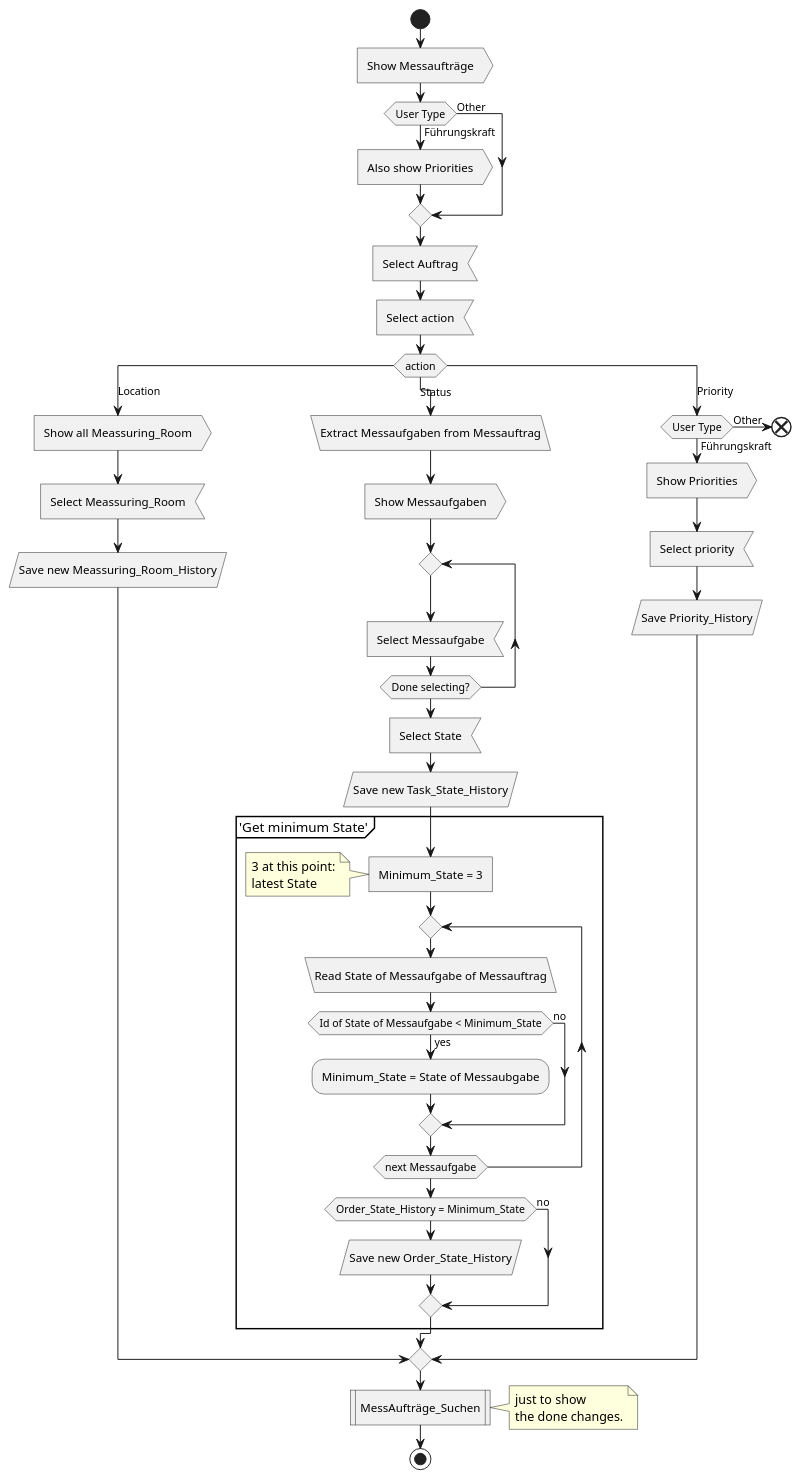
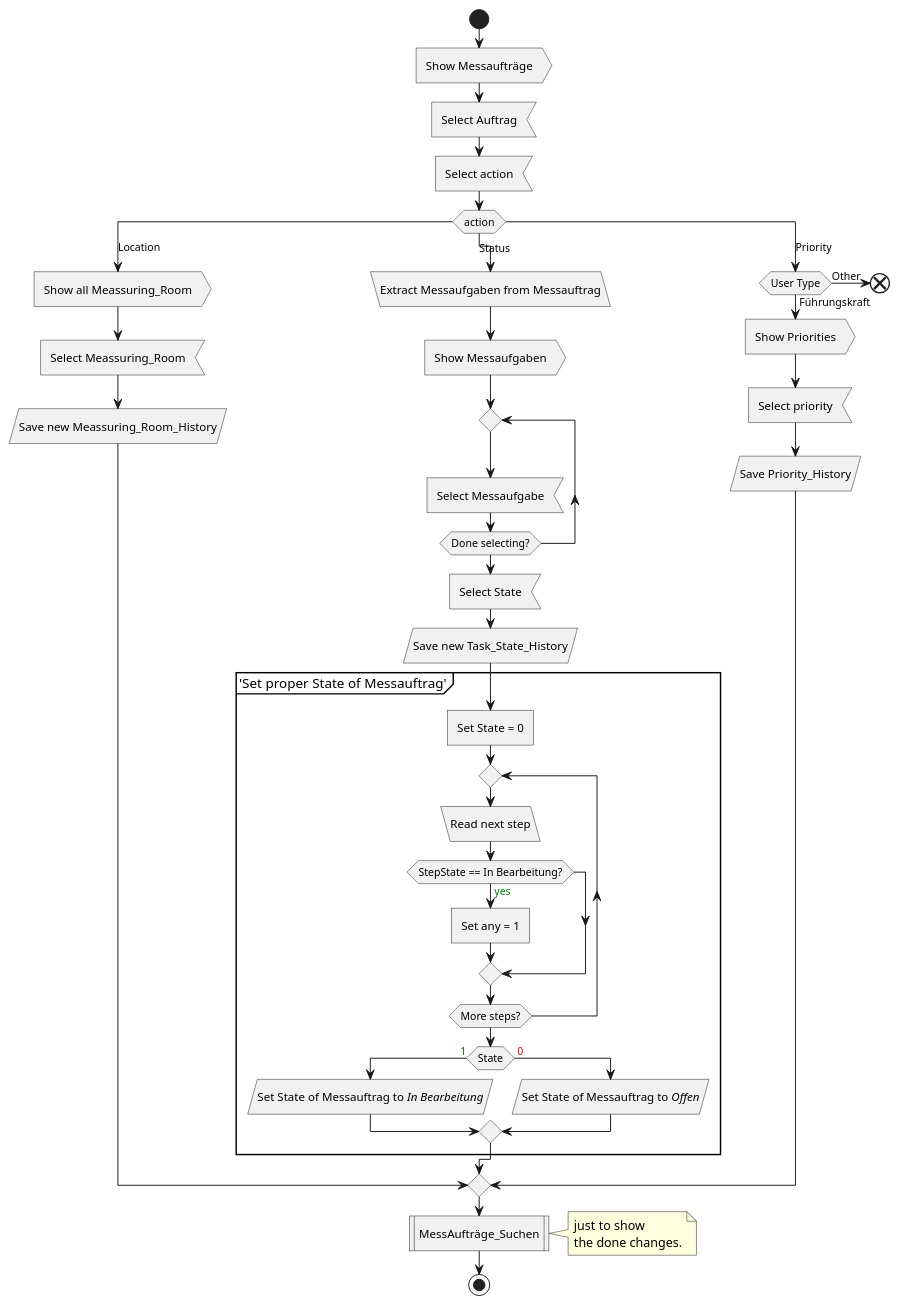
Before and after one commit to TomasPinolini/schrauberVerwaltung: the diagram in uml/Messauftrag-Verwaltung/Aktivität/MessAuftrag_Bearbeiten.puml, drawn with PlantUML. The commit also changed 6 other files, not shown here.

Commit message:
9:10 - 19.05 - Schrauber Verwaltung UML Diagrams (80%)

```diff
--- a/uml/Messauftrag-Verwaltung/Aktivität/MessAuftrag_Bearbeiten.puml
+++ b/uml/Messauftrag-Verwaltung/Aktivität/MessAuftrag_Bearbeiten.puml
@@ -1,78 +1,70 @@
 @startuml "Messauftrag bearbeiten"
 start
     :Show Messaufträge; <<output>>
-
-    if(User Type) then(Führungskraft)
-        :Also show Priorities; <<output>>
-    else (Other)
-    endif
     
     :Select Auftrag; <<input>>
 
     :Select action; <<input>>
 
     switch(action) 
     case (Location)
         :Show all Meassuring_Room; <<output>>
 
         :Select Meassuring_Room; <<input>>
 
         :Save new Meassuring_Room_History; <<save>>
 
 
     case (Status)
         :Extract Messaufgaben from Messauftrag; <<load>>
 
         :Show Messaufgaben; <<output>>
 
         repeat
             :Select Messaufgabe; <<input>>
 
         repeat while (Done selecting?)
         
         :Select State; <<input>>
 
         :Save new Task_State_History; <<save>>
 
-        group 'Get minimum State'{
-            :Minimum_State = 3; <<task>>
-            note: 3 at this point:\nlatest State
+        group 'Set proper State of Messauftrag'{
+            :Set State = 0; <<task>>
 
             repeat
-                :Read State of Messaufgabe of Messauftrag; <<load>>
-                
-                if(Id of State of Messaufgabe < Minimum_State)then(yes)
-                    :Minimum_State = State of Messaubgabe;
+                :Read next step; <<load>>
+                if (StepState == In Bearbeitung?) then (<color:green>yes)
+                    :Set any = 1; <<task>>
+                endif
+        
+            repeat while (More steps?)
 
-                else (no)
-                endif
-                
-            repeat while (next Messaufgabe)
-
-            if(Order_State_History = Minimum_State)
-                :Save new Order_State_History; <<save>>
-            else(no)
+            if (State) then (<color:green> 1)
+                :Set State of Messauftrag to //In Bearbeitung//; <<save>>
+            else(<color:red> 0)
+                :Set State of Messauftrag to //Offen//; <<save>>
             endif
         
         }
 
     
     case (Priority)
         if(User Type) then(Führungskraft)
             :Show Priorities; <<output>>
             
             :Select priority; <<input>>
 
             :Save Priority_History; <<save>>
 
         else (Other)
             end
         endif
 
     endswitch
 
     :MessAufträge_Suchen; <<procedure>> 
     note right: just to show\nthe done changes.
 
 stop
 @enduml
```
